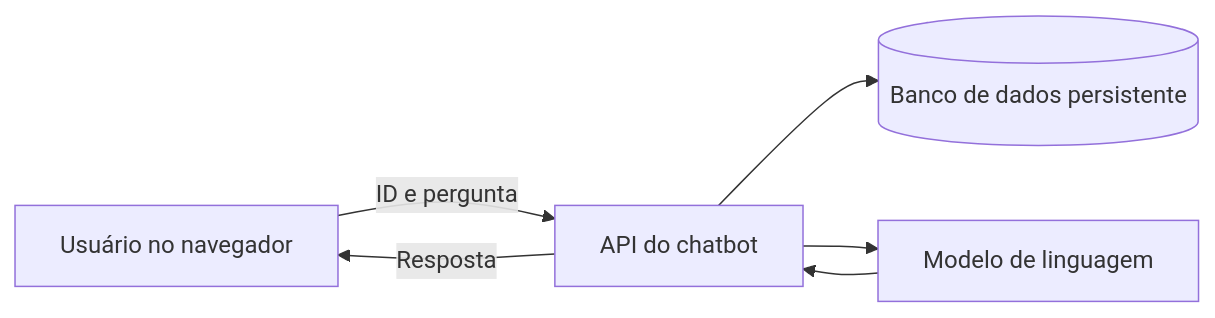
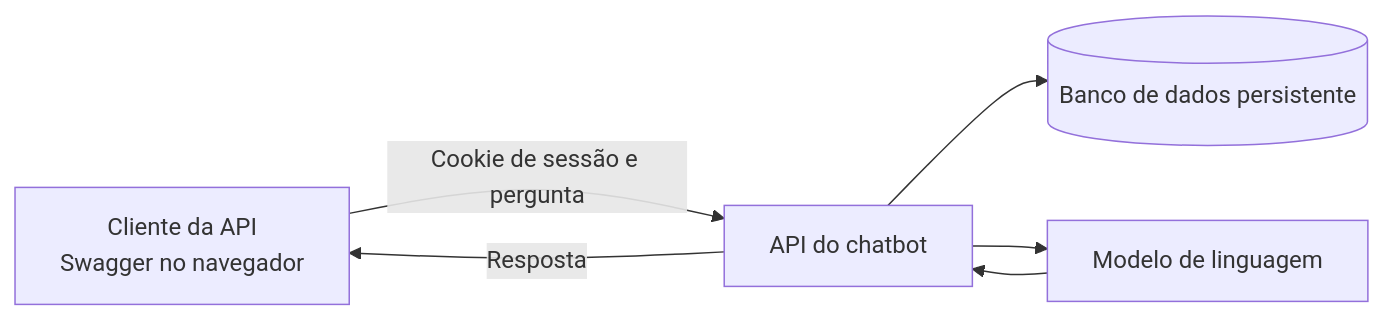
One commit to cocaioo/CHATBOT-TCA changed the second of 8 diagrams in elicitação dos requisitos.md. Above: the diagram before and after it, drawn with Mermaid. The commit also changed other lines of this file, not shown here.

First line of the commit message:
docs: registra decisões de sessão, concorrência, retenção e stack

````diff
--- a/elicitação dos requisitos.md
+++ b/elicitação dos requisitos.md
@@ -35,8 +57,8 @@
 ```mermaid
 flowchart LR
-    U[Usuário no navegador] -->|ID e pergunta| A[API do chatbot]
+    U[Cliente da API<br/>Swagger no navegador] -->|Cookie de sessão e pergunta| A[API do chatbot]
     A --> B[(Banco de dados persistente)]
     A --> L[Modelo de linguagem]
     L --> A
     A -->|Resposta| U
 ```
````
